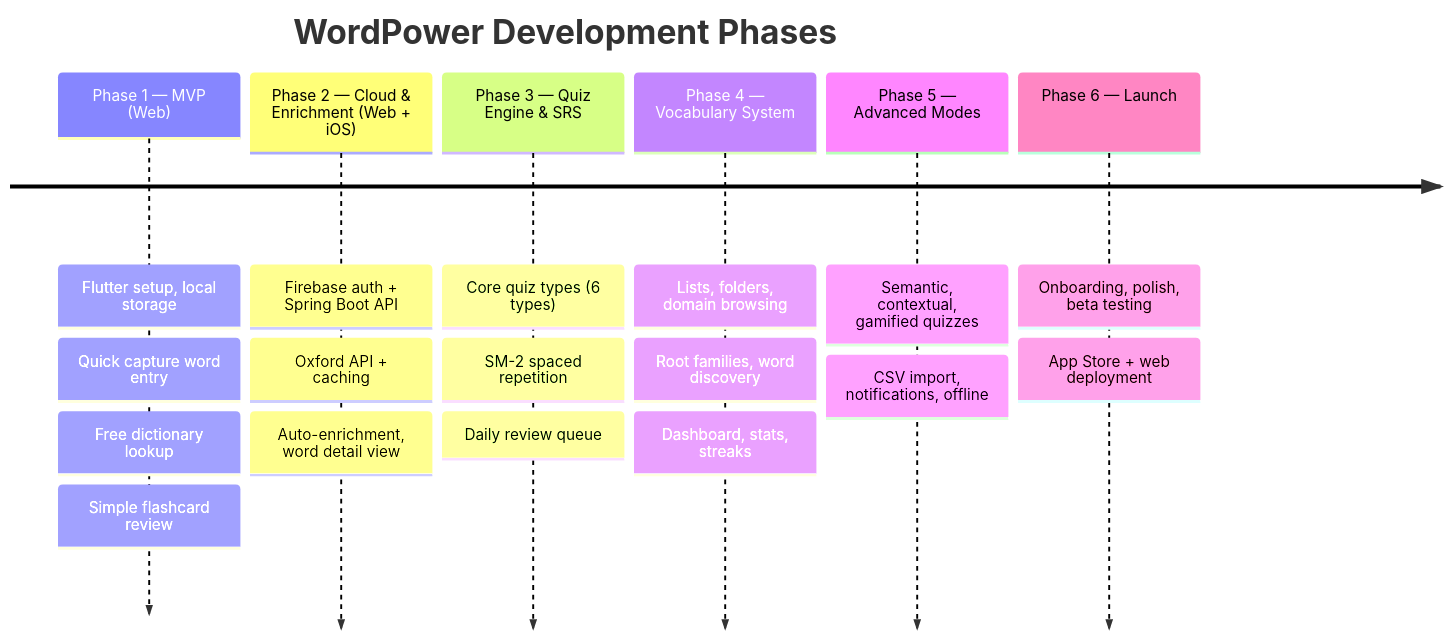
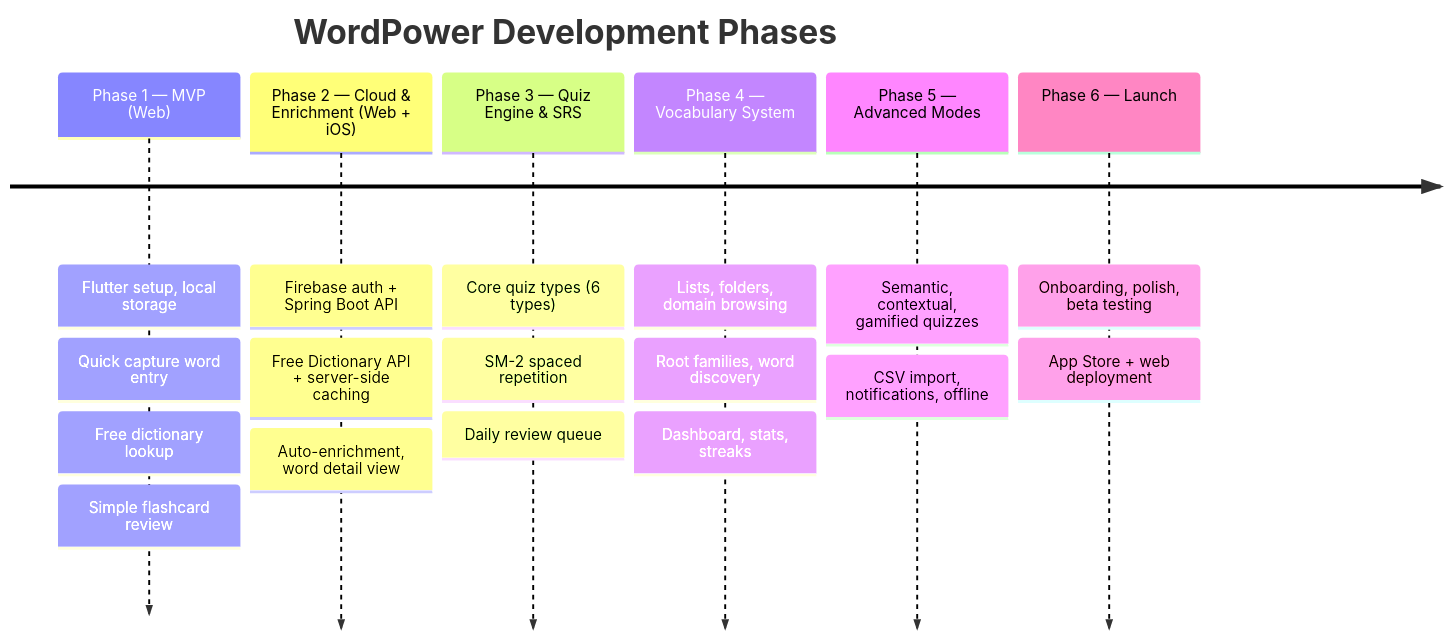
One commit to AnunnakiCosmoCrew/WordPower-docs changed the seventh of 7 diagrams in docs/product/PROJECT.md. Above: the diagram before and after it, drawn with Mermaid. The commit also changed other lines of this file and 5 other files, not shown here.

````diff
--- a/docs/product/PROJECT.md
+++ b/docs/product/PROJECT.md
@@ -737,21 +738,21 @@
 ```mermaid
 timeline
     title WordPower Development Phases
     Phase 1 — MVP (Web) : Flutter setup, local storage
                         : Quick capture word entry
                         : Free dictionary lookup
                         : Simple flashcard review
     Phase 2 — Cloud & Enrichment (Web + iOS) : Firebase auth + Spring Boot API
-                                              : Oxford API + caching
+                                              : Free Dictionary API + server-side caching
                                               : Auto-enrichment, word detail view
     Phase 3 — Quiz Engine & SRS : Core quiz types (6 types)
                                 : SM-2 spaced repetition
                                 : Daily review queue
     Phase 4 — Vocabulary System : Lists, folders, domain browsing
                                 : Root families, word discovery
                                 : Dashboard, stats, streaks
     Phase 5 — Advanced Modes : Semantic, contextual, gamified quizzes
                               : CSV import, notifications, offline
     Phase 6 — Launch : Onboarding, polish, beta testing
                      : App Store + web deployment
 ```
````
